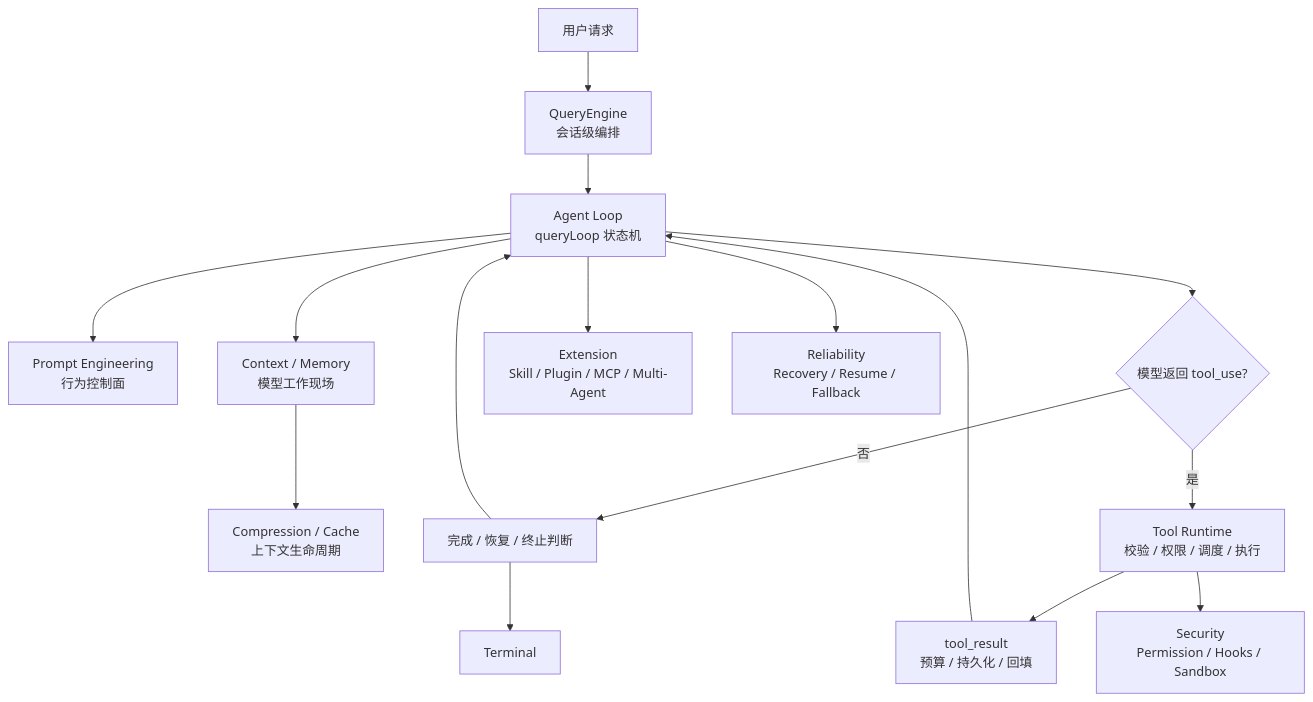
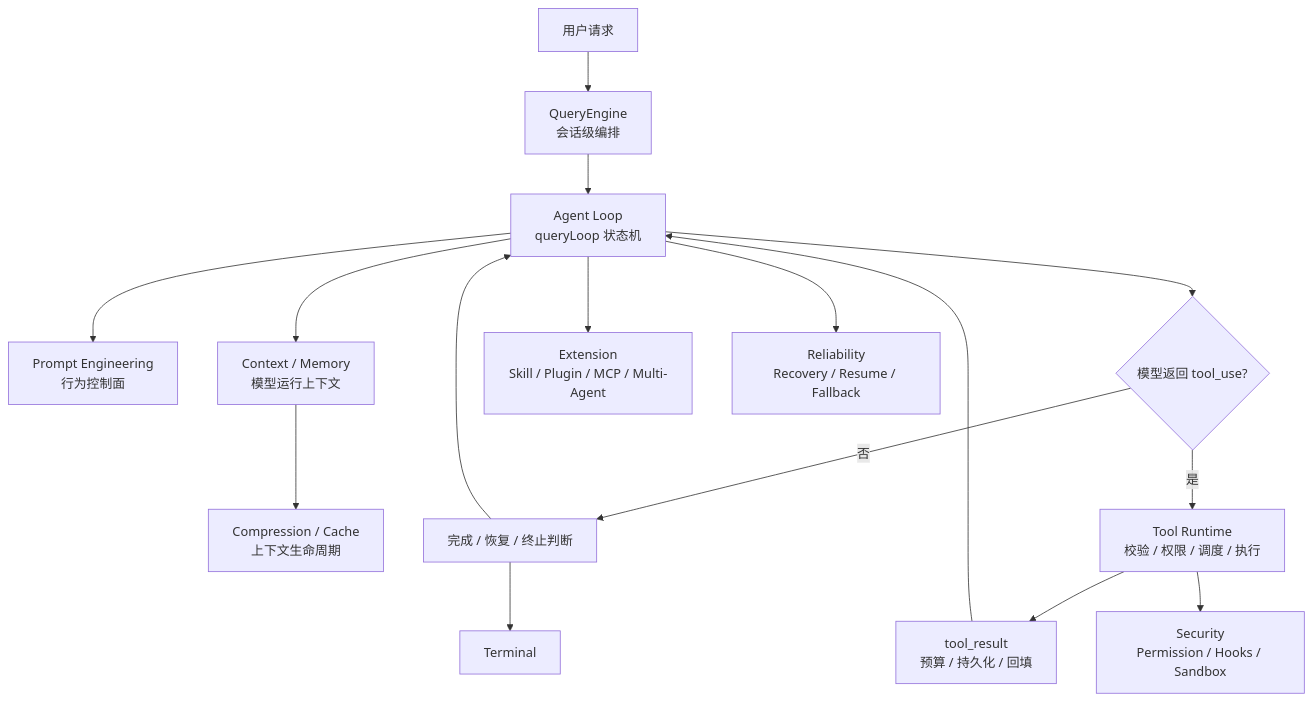
Before and after one commit to zb-byte/learn-agent: the diagram in docs/claude-code-agent-runtime-sharing.md, drawn with Mermaid. The commit also changed other lines of this file and 1 other file, not shown here.

````diff
--- a/docs/claude-code-agent-runtime-sharing.md
+++ b/docs/claude-code-agent-runtime-sharing.md
@@ -32,22 +32,22 @@
 ```mermaid
 flowchart TD
     A["用户请求"] --> B["QueryEngine<br/>会话级编排"]
     B --> C["Agent Loop<br/>queryLoop 状态机"]
 
     C --> D["Prompt Engineering<br/>行为控制面"]
-    C --> E["Context / Memory<br/>模型工作现场"]
+    C --> E["Context / Memory<br/>模型运行上下文"]
     E --> F["Compression / Cache<br/>上下文生命周期"]
 
     C --> G{"模型返回 tool_use?"}
     G -->|否| H["完成 / 恢复 / 终止判断"]
     H --> C
     H --> I["Terminal"]
 
     G -->|是| J["Tool Runtime<br/>校验 / 权限 / 调度 / 执行"]
     J --> K["tool_result<br/>预算 / 持久化 / 回填"]
     K --> C
 
     J --> L["Security<br/>Permission / Hooks / Sandbox"]
     C --> M["Extension<br/>Skill / Plugin / MCP / Multi-Agent"]
     C --> N["Reliability<br/>Recovery / Resume / Fallback"]
 ```
````
